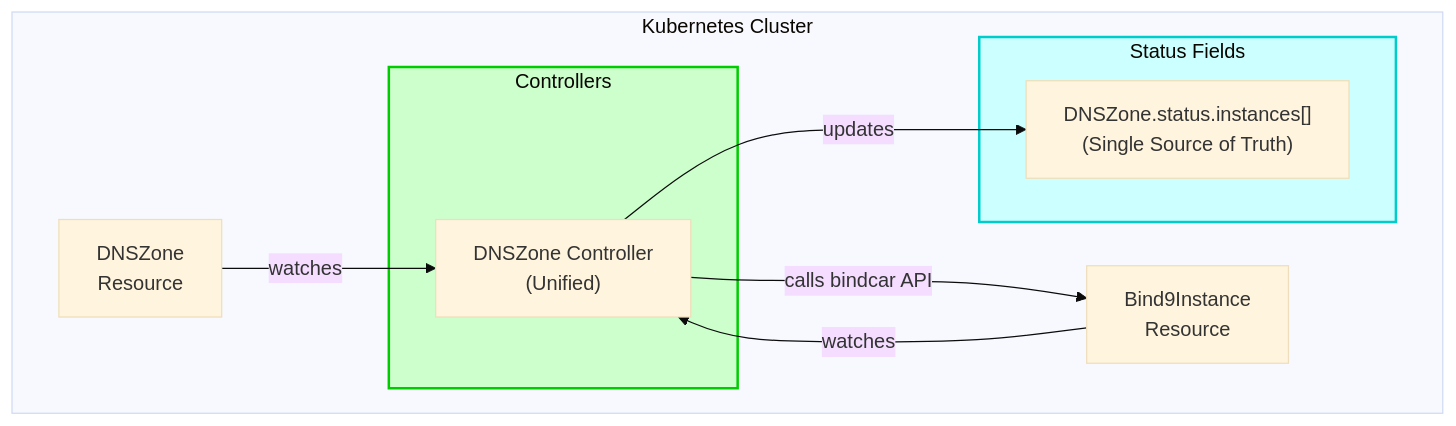
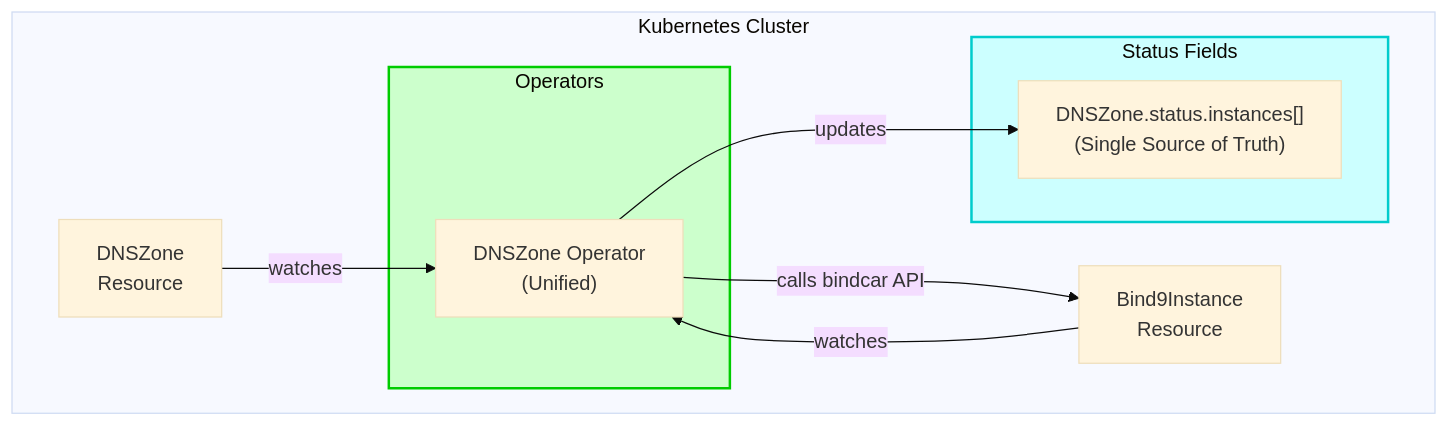
One commit to firestoned/bindy changed the second of 7 diagrams in docs/src/concepts/dnszone-controller-architecture.md. Above: the diagram before and after it, drawn with Mermaid (base theme). The commit also changed other lines of this file and 150 other files, not shown here.

Commit message:
Change the occurences from controller to operator (#83)

````diff
--- a/docs/src/concepts/dnszone-controller-architecture.md
+++ b/docs/src/concepts/dnszone-controller-architecture.md
@@ -55,23 +55,23 @@
 ```mermaid
 graph TB
     subgraph k8s["Kubernetes Cluster"]
         dnszone["DNSZone<br/>Resource"]
         instance["Bind9Instance<br/>Resource"]
         
-        subgraph controllers["Controllers"]
-            dnszoneCtrl["DNSZone Controller<br/>(Unified)"]
+        subgraph operators["Operators"]
+            dnszoneCtrl["DNSZone Operator<br/>(Unified)"]
         end
         
         subgraph status["Status Fields"]
             s1["DNSZone.status.instances[]<br/>(Single Source of Truth)"]
         end
     end
     
     dnszone -->|watches| dnszoneCtrl
     instance -->|watches| dnszoneCtrl
     dnszoneCtrl -->|updates| s1
     dnszoneCtrl -->|calls bindcar API| instance
     
-    style controllers fill:#ccffcc,stroke:#00cc00,stroke-width:2px
+    style operators fill:#ccffcc,stroke:#00cc00,stroke-width:2px
     style status fill:#ccffff,stroke:#00cccc,stroke-width:2px
 ```
````
